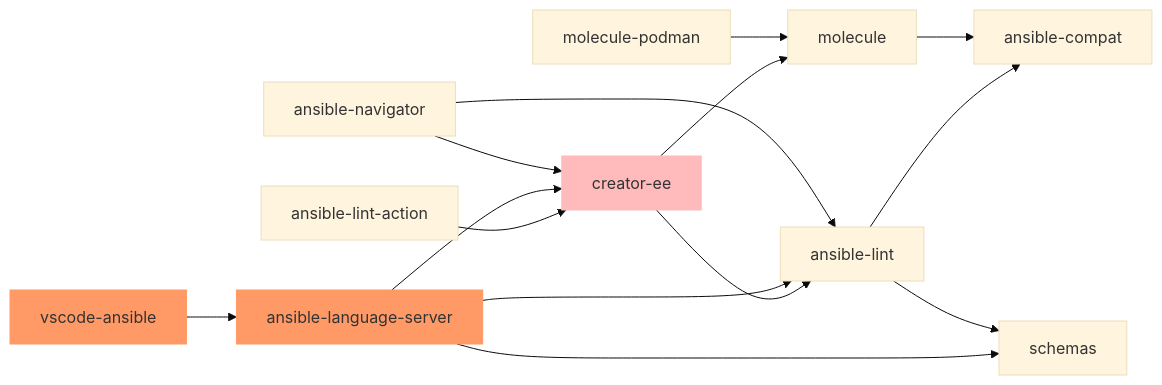
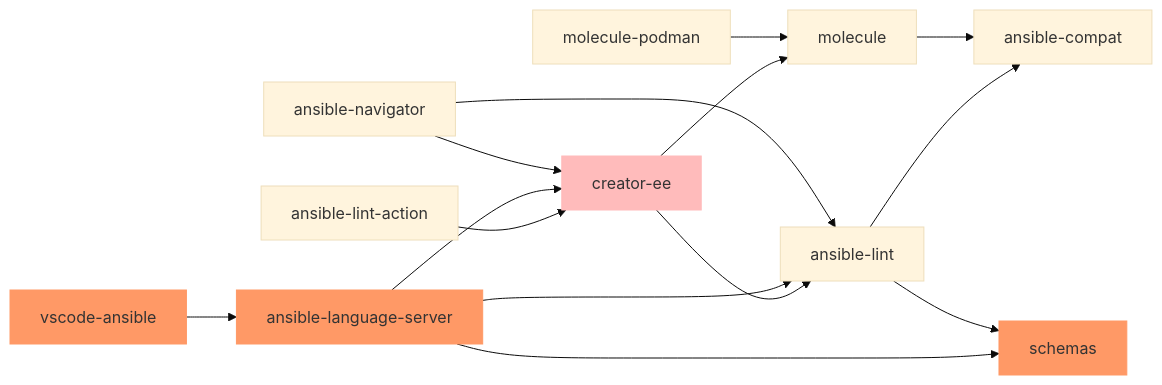
One commit to ansible/team-devtools changed the diagram in README.md. Above: the diagram before and after it, drawn with Mermaid (base theme).

````diff
--- a/README.md
+++ b/README.md
@@ -6,33 +6,33 @@
 ```mermaid
 graph LR;
 
   classDef typescriptclass fill:#f96,stroke:#f96;
   classDef containerclass fill:#fbb,stroke:#fbb;
 
   ansible-lint-action --> creator-ee;
   creator-ee --> ansible-lint;
 
   ansible-lint --> ansible-compat;
   molecule --> ansible-compat;
   creator-ee:::containerclass --> molecule;
   vscode-ansible:::typescriptclass --> ansible-language-server;
   ansible-language-server:::typescriptclass --> ansible-lint;
   ansible-language-server --> creator-ee;
 
   molecule-podman --> molecule;
-  ansible-language-server --> schemas;
+  ansible-language-server --> schemas:::typescriptclass;
   ansible-lint --> schemas;
   ansible-navigator --> ansible-lint;
   ansible-navigator --> creator-ee;
 
  click ansible-lint-action href "https://github.com/ansible-community/ansible-lint-action"
  click molecule href "https://github.com/ansible-community/molecule"
  click molecule-podman href "https://github.com/ansible-community/molecule-podman"
  click schemas href "https://github.com/ansible-community/schemas"
  click creator-ee href "https://github.com/ansible/creator-ee"
  click ansible-lint href "https://github.com/ansible/ansible-lint"
  click ansible-compat href "https://github.com/ansible/ansible-compat"
  click ansible-navigator href "https://github.com/ansible/ansible-navigator"
  click ansible-language-server href "https://github.com/ansible/ansible-language-server"
  click vscode-ansible href "https://github.com/ansible/vscode-ansible"
 ```
````
